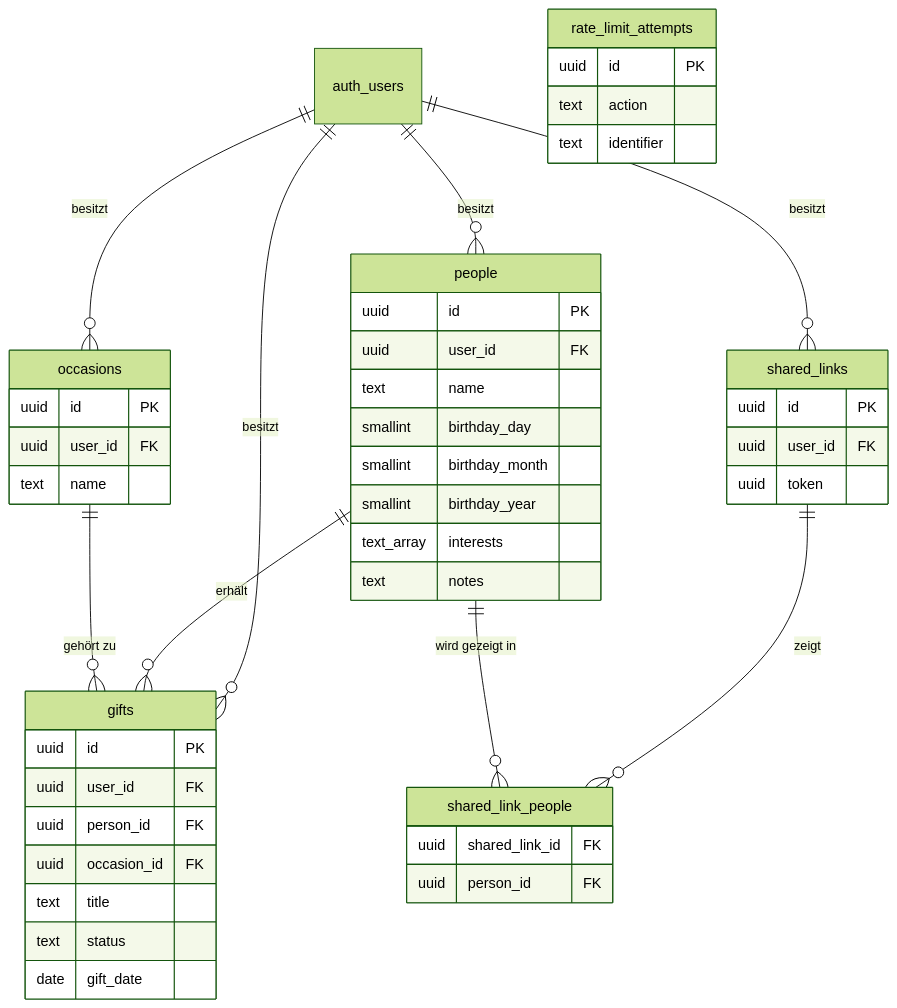
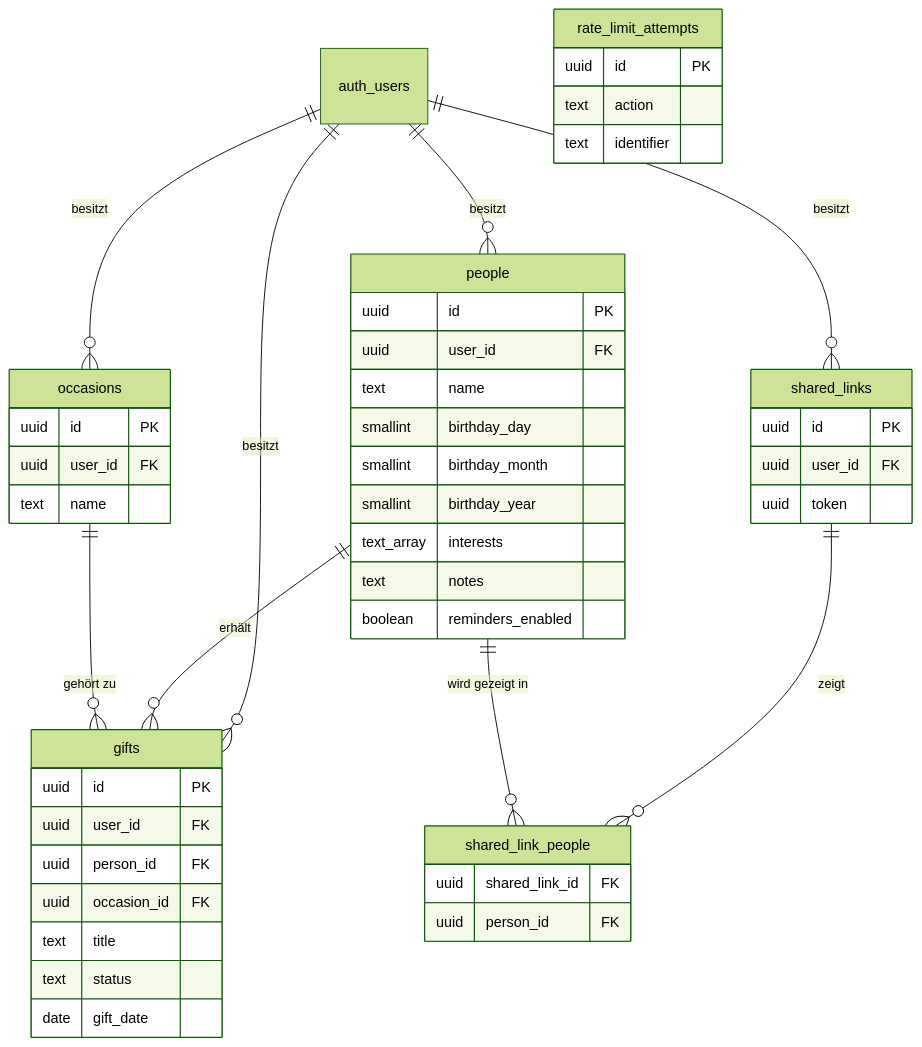
Before and after one commit to Projekt-ISEF01-Geschenke-Manager/ISEF01-Geschenke-Manager: the diagram in docs/database-schema.md, drawn with Mermaid (forest theme). The commit also changed other lines of this file and 1 other file, not shown here.

````diff
--- a/docs/database-schema.md
+++ b/docs/database-schema.md
@@ -16,50 +16,51 @@
 ```mermaid
 erDiagram
     auth_users ||--o{ people : "besitzt"
     auth_users ||--o{ occasions : "besitzt"
     auth_users ||--o{ gifts : "besitzt"
     auth_users ||--o{ shared_links : "besitzt"
     people ||--o{ gifts : "erhält"
     occasions ||--o{ gifts : "gehört zu"
     shared_links ||--o{ shared_link_people : "zeigt"
     people ||--o{ shared_link_people : "wird gezeigt in"
 
     people {
         uuid id PK
         uuid user_id FK
         text name
         smallint birthday_day
         smallint birthday_month
         smallint birthday_year
         text_array interests
         text notes
+        boolean reminders_enabled
     }
     occasions {
         uuid id PK
         uuid user_id FK
         text name
     }
     gifts {
         uuid id PK
         uuid user_id FK
         uuid person_id FK
         uuid occasion_id FK
         text title
         text status
         date gift_date
     }
     shared_links {
         uuid id PK
         uuid user_id FK
         uuid token
     }
     shared_link_people {
         uuid shared_link_id FK
         uuid person_id FK
     }
     rate_limit_attempts {
         uuid id PK
         text action
         text identifier
     }
 ```
````
